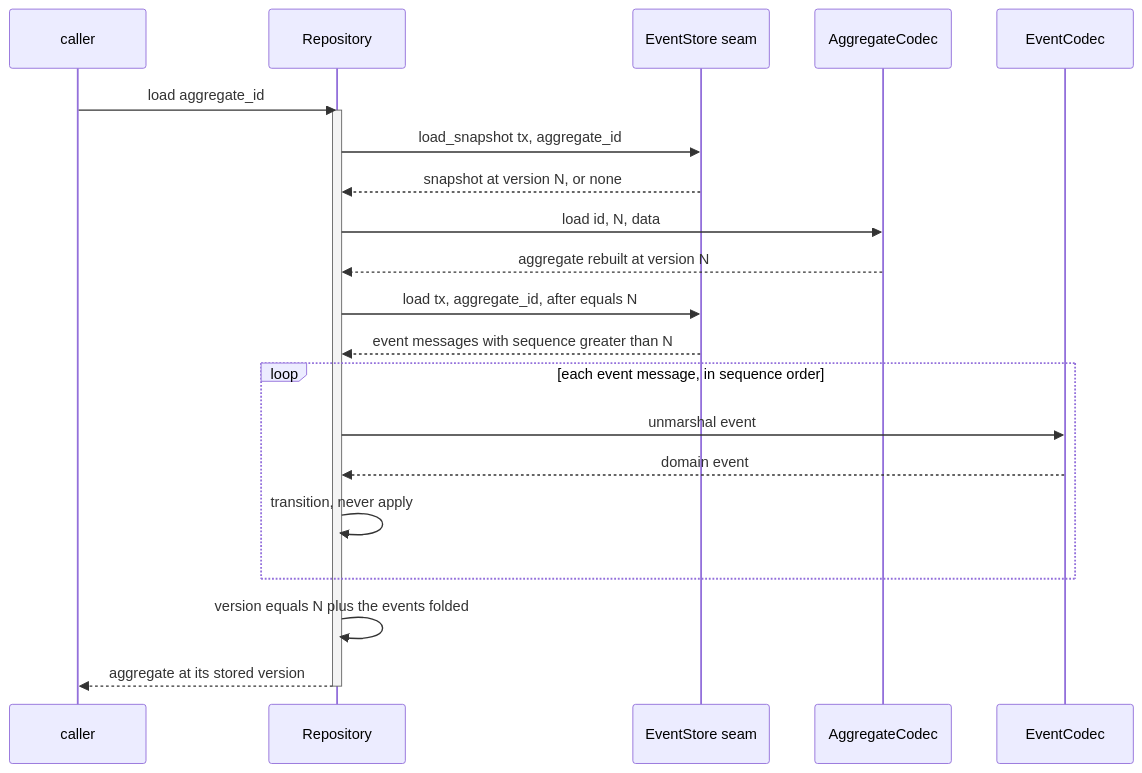
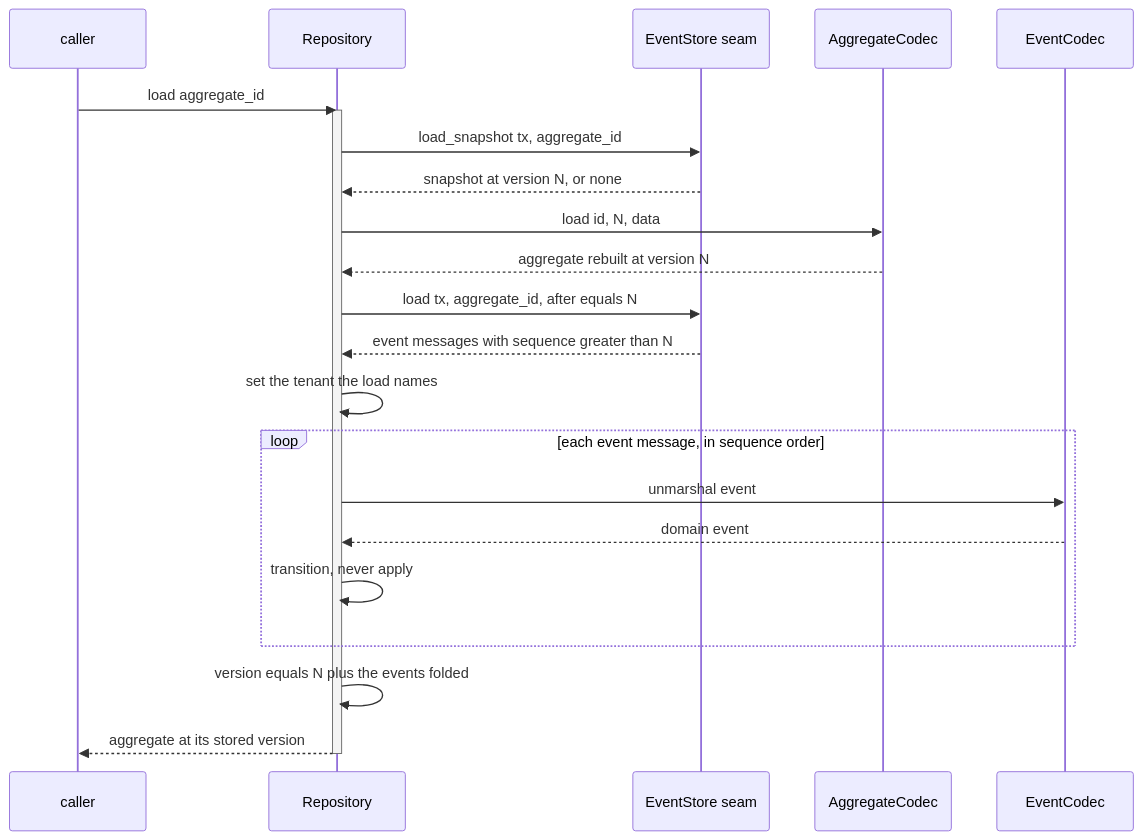
One commit to haskian/edax changed the second of 4 diagrams in docs/sdk/aggregates.md. Above: the diagram before and after it, drawn with Mermaid. The commit also changed other lines of this file and 118 other files, not shown here.

````diff
--- a/docs/sdk/aggregates.md
+++ b/docs/sdk/aggregates.md
@@ -155,25 +191,26 @@
 ```mermaid
 sequenceDiagram
     participant C as caller
     participant R as Repository
     participant S as EventStore seam
     participant AC as AggregateCodec
     participant EC as EventCodec
 
     C->>R: load aggregate_id
     activate R
     R->>S: load_snapshot tx, aggregate_id
     S-->>R: snapshot at version N, or none
     R->>AC: load id, N, data
     AC-->>R: aggregate rebuilt at version N
     R->>S: load tx, aggregate_id, after equals N
     S-->>R: event messages with sequence greater than N
+    R->>R: set the tenant the load names
     loop each event message, in sequence order
         R->>EC: unmarshal event
         EC-->>R: domain event
         R->>R: transition, never apply
     end
     R->>R: version equals N plus the events folded
     R-->>C: aggregate at its stored version
     deactivate R
 ```
````
